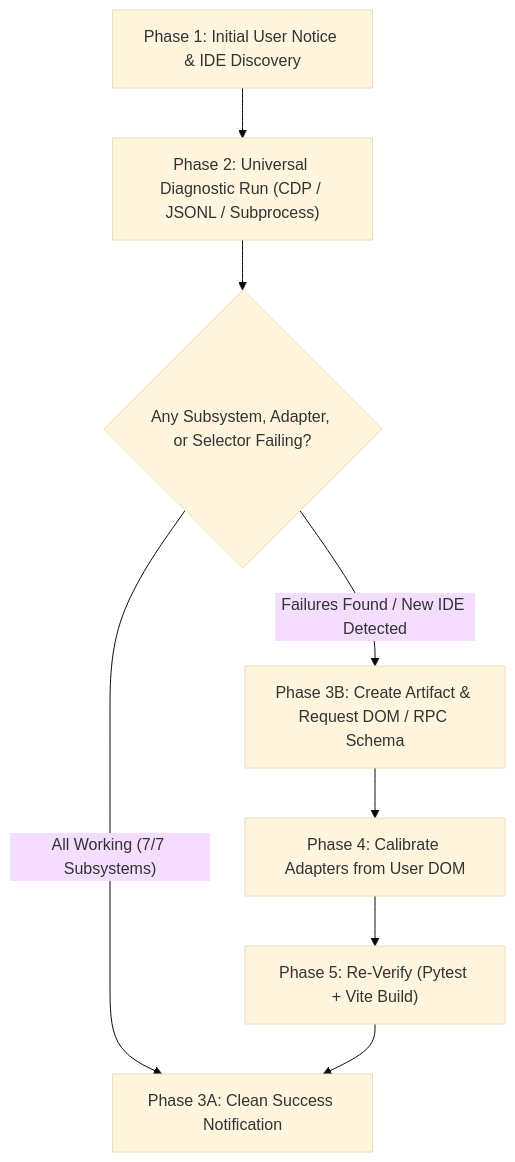
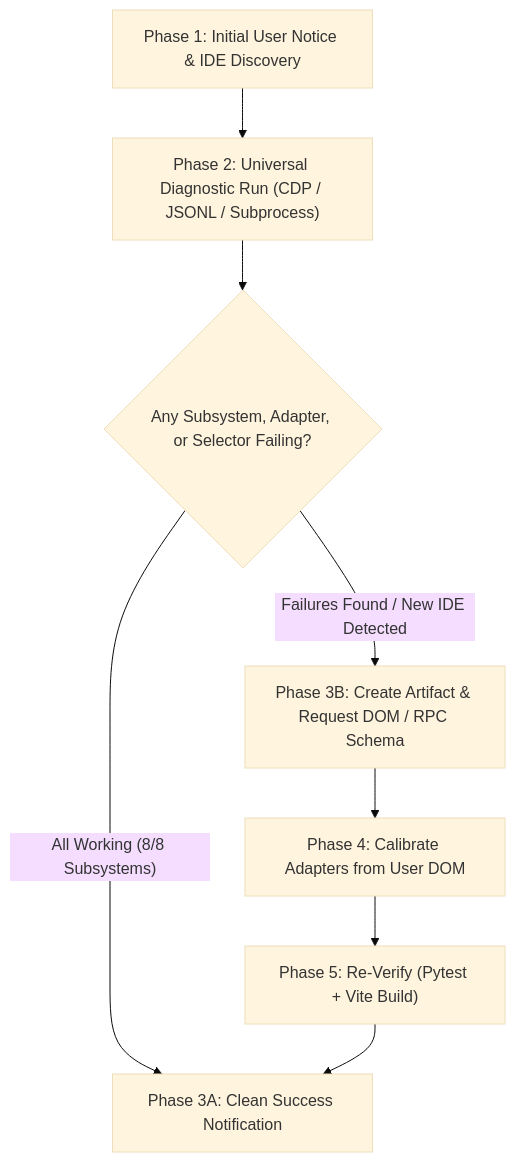
Before and after one commit to KoushikGit2024/AgentWatch: the diagram in updates/Update.md, drawn with Mermaid (base theme). The commit also changed other lines of this file and 206 other files, not shown here.

````diff
--- a/updates/Update.md
+++ b/updates/Update.md
@@ -22,10 +23,10 @@
 ```mermaid
 flowchart TD
     A["Phase 1: Initial User Notice & IDE Discovery"] --> B["Phase 2: Universal Diagnostic Run (CDP / JSONL / Subprocess)"]
     B --> C{"Any Subsystem, Adapter, or Selector Failing?"}
-    C -- "All Working (7/7 Subsystems)" --> D["Phase 3A: Clean Success Notification"]
+    C -- "All Working (8/8 Subsystems)" --> D["Phase 3A: Clean Success Notification"]
     C -- "Failures Found / New IDE Detected" --> E["Phase 3B: Create Artifact & Request DOM / RPC Schema"]
     E --> F["Phase 4: Calibrate Adapters from User DOM"]
     F --> G["Phase 5: Re-Verify (Pytest + Vite Build)"]
     G --> D
 ```
````
